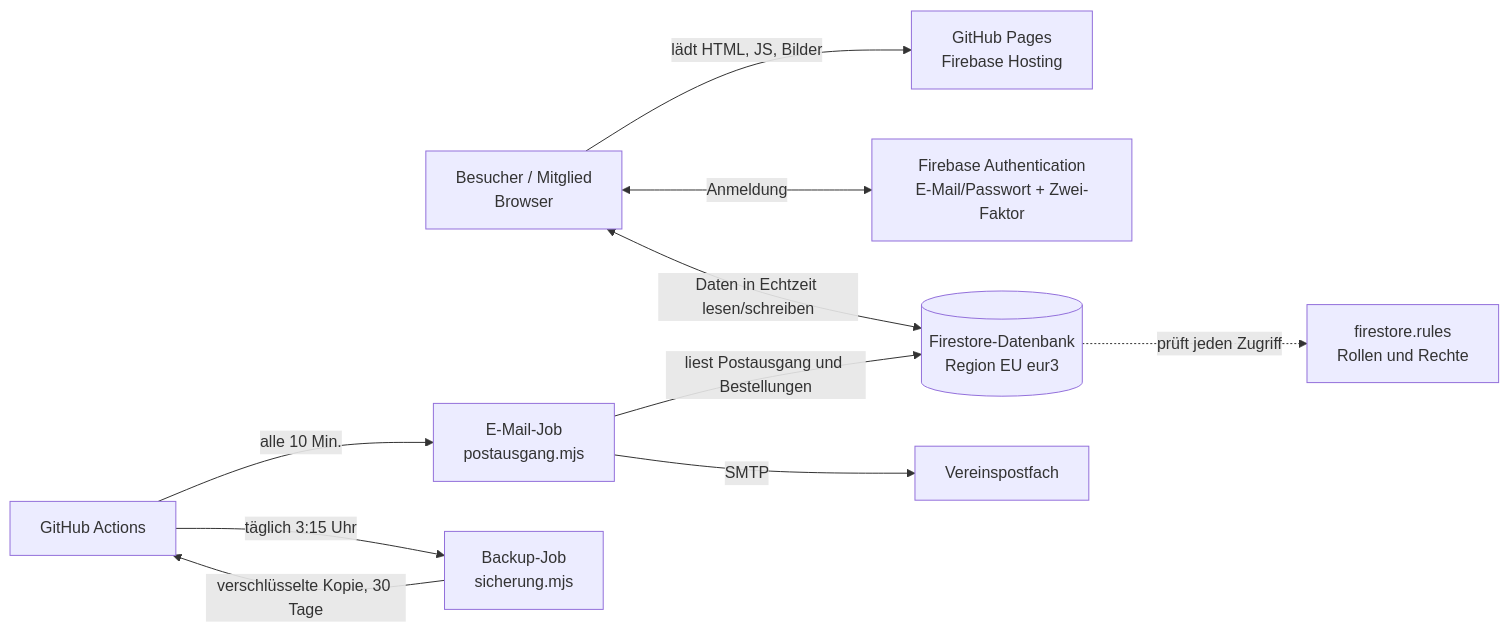
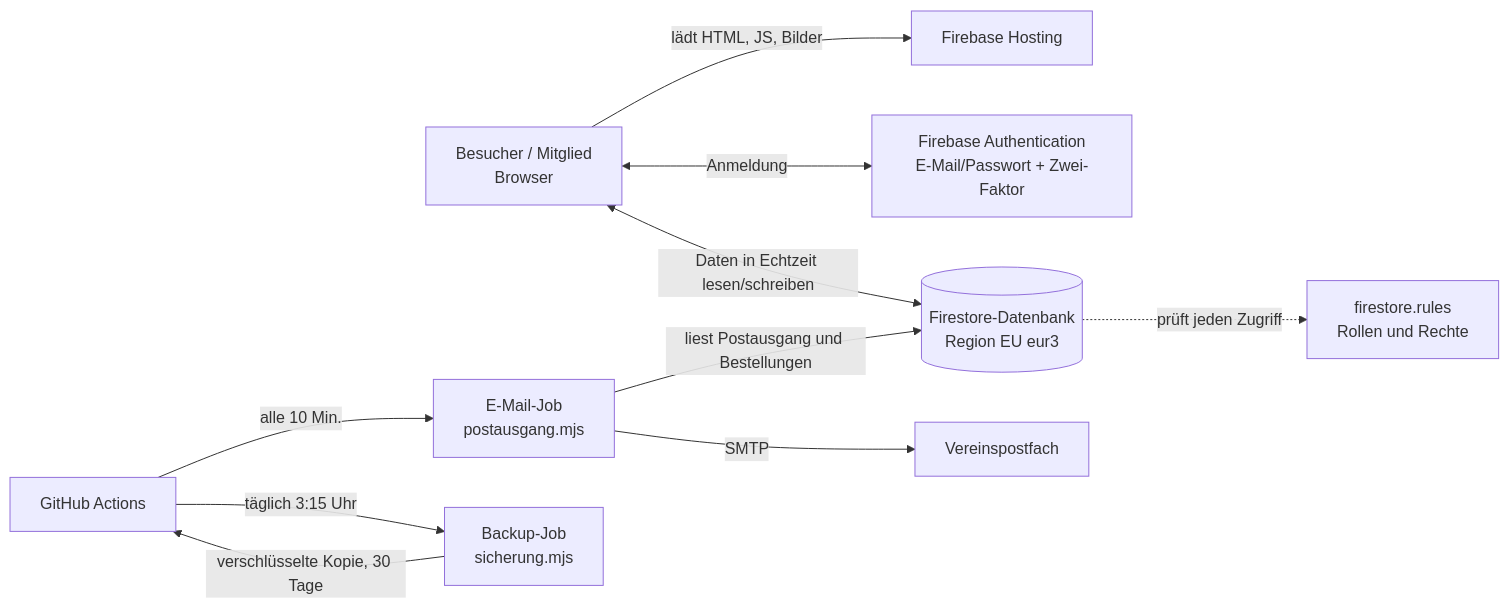
Before and after one commit to Emmoke/bsg-medizin-dessau: the diagram in README.md, drawn with Mermaid. The commit also changed other lines of this file and 6 other files, not shown here.

Commit message:
GitHub Pages abgeschaltet: nur noch Firebase Hosting; Prüf-Workflow für Tests; Texte angepasst

````diff
--- a/README.md
+++ b/README.md
@@ -84,12 +84,12 @@
 ```mermaid
 flowchart LR
-  B[Besucher / Mitglied<br/>Browser] -->|lädt HTML, JS, Bilder| H[GitHub Pages<br/>Firebase Hosting]
+  B[Besucher / Mitglied<br/>Browser] -->|lädt HTML, JS, Bilder| H[Firebase Hosting]
   B <-->|Anmeldung| A[Firebase Authentication<br/>E-Mail/Passwort + Zwei-Faktor]
   B <-->|Daten in Echtzeit lesen/schreiben| F[(Firestore-Datenbank<br/>Region EU eur3)]
   F -.->|prüft jeden Zugriff| R[firestore.rules<br/>Rollen und Rechte]
   G[GitHub Actions] -->|alle 10 Min.| P[E-Mail-Job<br/>postausgang.mjs]
   P -->|liest Postausgang und Bestellungen| F
   P -->|SMTP| M[Vereinspostfach]
   G -->|täglich 3:15 Uhr| S[Backup-Job<br/>sicherung.mjs]
   S -->|verschlüsselte Kopie, 30 Tage| G
 ```
````
